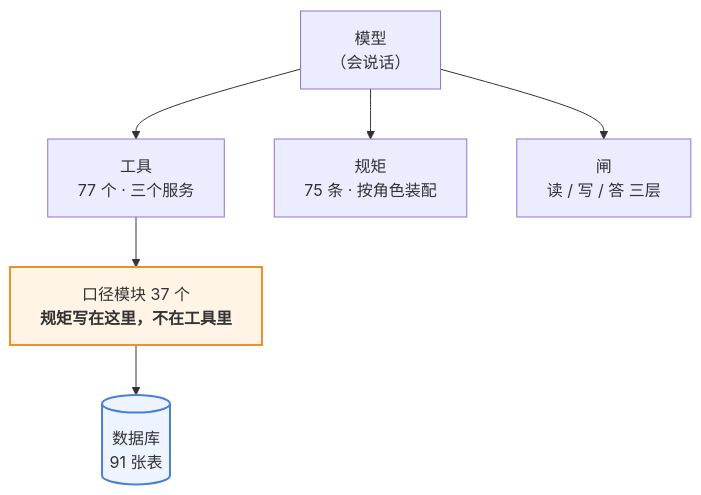
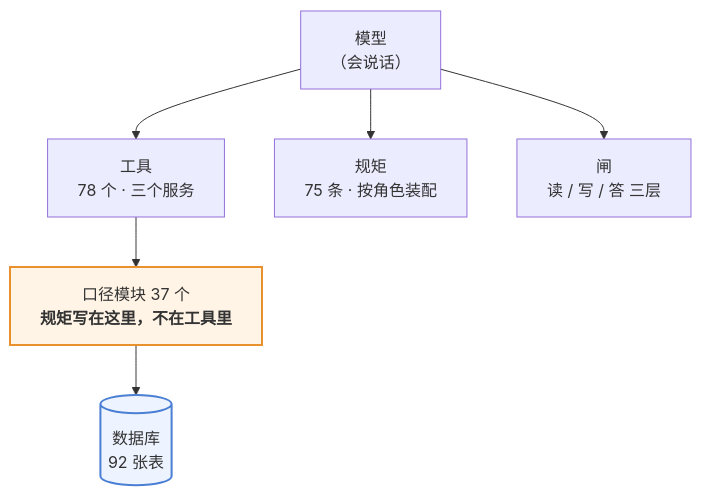
Before and after one commit to 843773296-rgb/lanxiu-yunshang-agent: the first of 3 diagrams in 澜绣云裳agent-产品说明.md, drawn with Mermaid. The commit also changed other lines of this file and 22 other files, not shown here.

````diff
--- a/澜绣云裳agent-产品说明.md
+++ b/澜绣云裳agent-产品说明.md
@@ -62,12 +62,12 @@
 ```mermaid
 flowchart TD
     M["模型<br/>（会说话）"]
-    M --> T["工具<br/>77 个 · 三个服务"]
+    M --> T["工具<br/>78 个 · 三个服务"]
     M --> R["规矩<br/>75 条 · 按角色装配"]
     M --> G["闸<br/>读 / 写 / 答 三层"]
     T --> K["口径模块 37 个<br/><b>规矩写在这里，不在工具里</b>"]
-    K --> DB[("数据库<br/>91 张表")]
+    K --> DB[("数据库<br/>92 张表")]
 
     style K fill:#fff4e6,stroke:#e8912d,stroke-width:2px
     style DB fill:#eef4ff,stroke:#4a7fd4,stroke-width:2px
 ```
````
